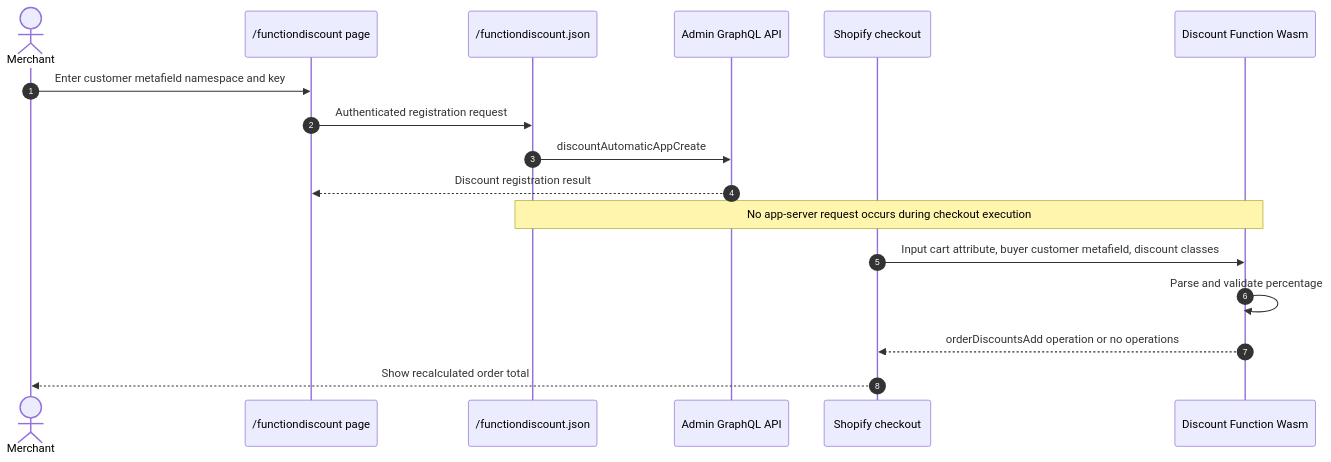
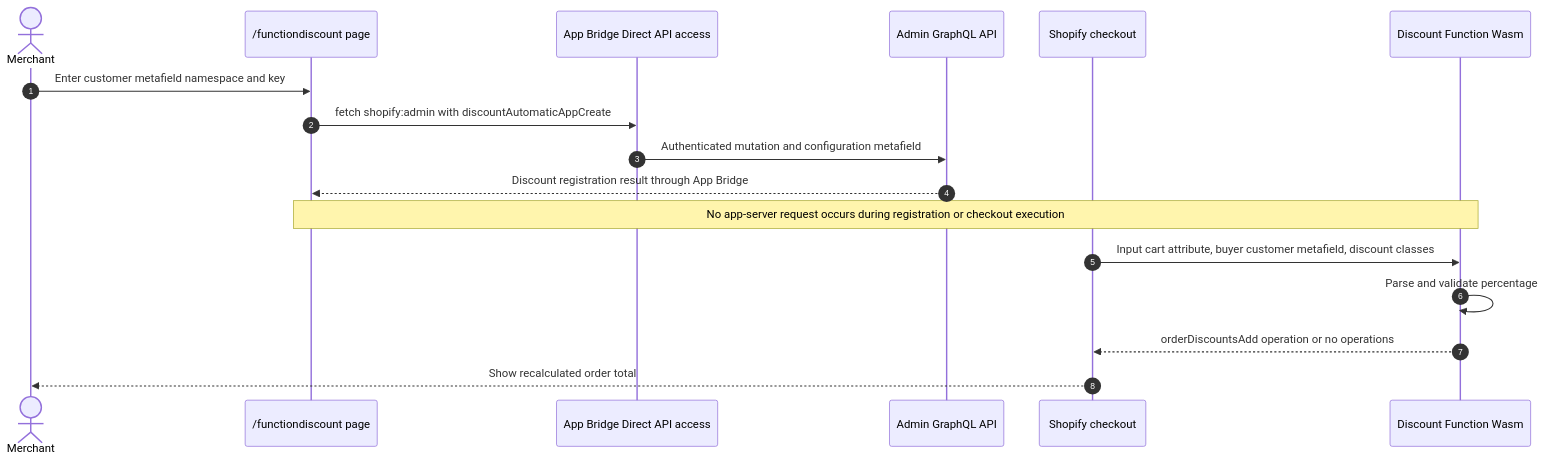
Before and after one commit to benzookapi/shopify-barebone-app-sample: the diagram in docs/functiondiscount.md, drawn with Mermaid. The commit also changed other lines of this file and 29 other files, not shown here.

First line of the commit message:
Codex/adminlink direct api access (#2)

````diff
--- a/docs/functiondiscount.md
+++ b/docs/functiondiscount.md
@@ -15,20 +15,20 @@
 ```mermaid
 sequenceDiagram
     autonumber
     actor Merchant
     participant UI as /functiondiscount page
-    participant App as /functiondiscount.json
+    participant Bridge as App Bridge Direct API access
     participant AdminAPI as Admin GraphQL API
     participant Checkout as Shopify checkout
     participant Function as Discount Function Wasm
 
     Merchant->>UI: Enter customer metafield namespace and key
-    UI->>App: Authenticated registration request
-    App->>AdminAPI: discountAutomaticAppCreate
-    AdminAPI-->>UI: Discount registration result
-    Note over App,Function: No app-server request occurs during checkout execution
+    UI->>Bridge: fetch shopify:admin with discountAutomaticAppCreate
+    Bridge->>AdminAPI: Authenticated mutation and configuration metafield
+    AdminAPI-->>UI: Discount registration result through App Bridge
+    Note over UI,Function: No app-server request occurs during registration or checkout execution
     Checkout->>Function: Input cart attribute, buyer customer metafield, discount classes
     Function->>Function: Parse and validate percentage
     Function-->>Checkout: orderDiscountsAdd operation or no operations
     Checkout-->>Merchant: Show recalculated order total
 ```
````
